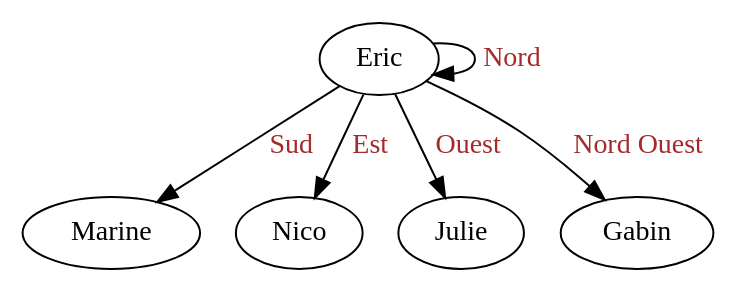
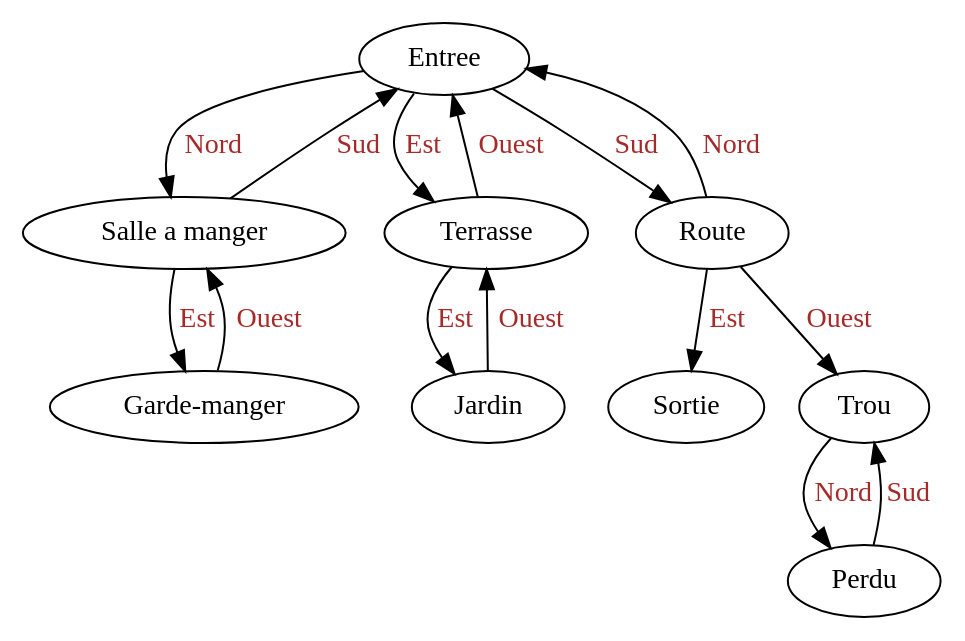
One commit to JESAISaps/KnotsAndStrings changed the diagram in Dots/dot.dot. Above: the diagram before and after it, drawn with Graphviz. The commit also changed 4 other files, not shown here.

```diff
--- a/Dots/dot.dot
+++ b/Dots/dot.dot
@@ -1,12 +1,25 @@
 digraph g{ 
-"Eric";
-"Eric" -> "Eric" [label = "Nord"] [fontcolor=brown]
-"Eric" -> "Marine" [label = "Sud"] [fontcolor=brown]
-"Eric" -> "Nico" [label = "Est"] [fontcolor=brown]
-"Eric" -> "Julie" [label = "Ouest"] [fontcolor=brown]
-"Eric" -> "Gabin" [label = "Nord Ouest"] [fontcolor=brown]
-"Marine";
-"Nico";
-"Julie";
-"Gabin";
+"Entree";
+"Entree" -> "Salle a manger" [label = "Nord"] [fontcolor=brown]
+"Entree" -> "Terrasse" [label = "Est"] [fontcolor=brown]
+"Entree" -> "Route" [label = "Sud"] [fontcolor=brown]
+"Salle a manger";
+"Salle a manger" -> "Entree" [label = "Sud"] [fontcolor=brown]
+"Salle a manger" -> "Garde-manger" [label = "Est"] [fontcolor=brown]
+"Terrasse";
+"Terrasse" -> "Jardin" [label = "Est"] [fontcolor=brown]
+"Terrasse" -> "Entree" [label = "Ouest"] [fontcolor=brown]
+"Route";
+"Route" -> "Entree" [label = "Nord"] [fontcolor=brown]
+"Route" -> "Sortie" [label = "Est"] [fontcolor=brown]
+"Route" -> "Trou" [label = "Ouest"] [fontcolor=brown]
+"Garde-manger";
+"Garde-manger" -> "Salle a manger" [label = "Ouest"] [fontcolor=brown]
+"Jardin";
+"Jardin" -> "Terrasse" [label = "Ouest"] [fontcolor=brown]
+"Sortie";
+"Trou";
+"Trou" -> "Perdu" [label = "Nord"] [fontcolor=brown]
+"Perdu";
+"Perdu" -> "Trou" [label = "Sud"] [fontcolor=brown]
 }
```
